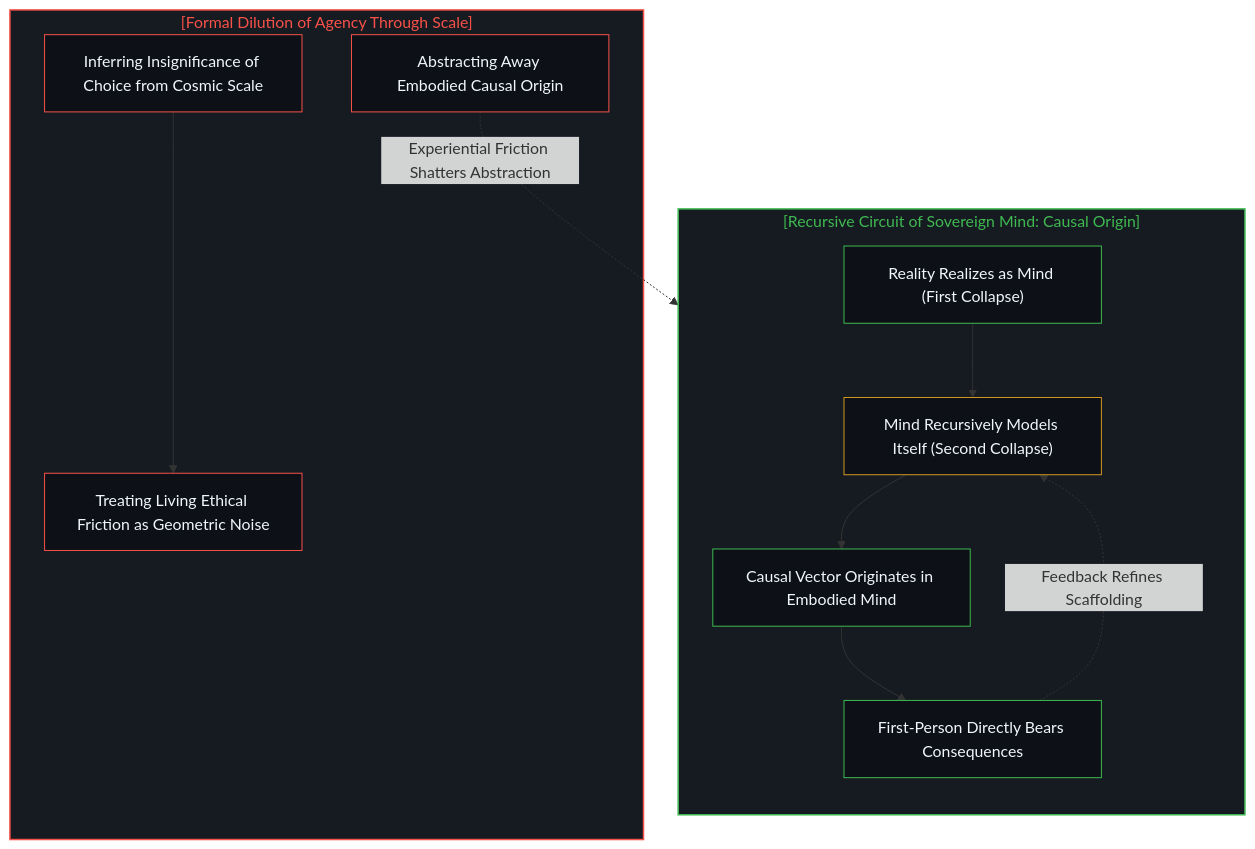
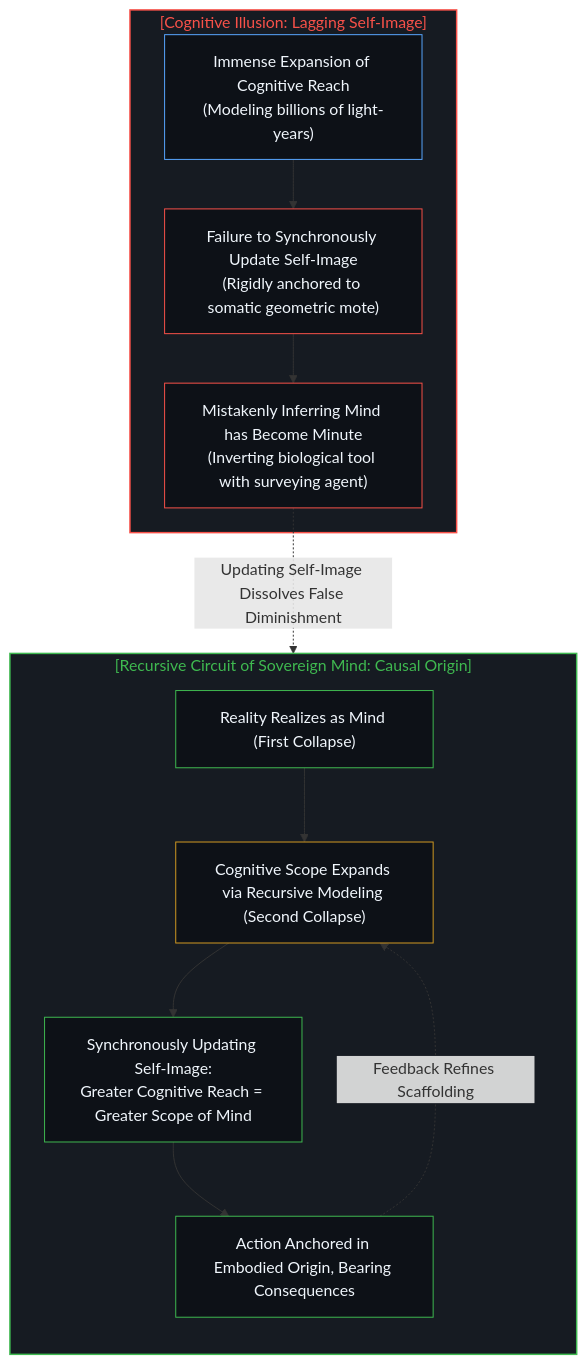
Before and after one commit to powerpig99/not-a-toe: the eighth of 8 diagrams in content/posts/one-cannot-escape-ones-own-mind.md, drawn with Mermaid. The commit also changed other lines of this file and 2 other files, not shown here.

Commit message:
Refine Post #332: Clarify synchronous updating of self-image and scope of mind in Section 4 and Diagram 4

````diff
--- a/content/posts/one-cannot-escape-ones-own-mind.md
+++ b/content/posts/one-cannot-escape-ones-own-mind.md
@@ -332,28 +335,27 @@
 ```mermaid
 flowchart TD
     subgraph S_RecursiveReality_EN ["[Recursive Circuit of Sovereign Mind: Causal Origin]"]
         direction TB
-        RLE1["Reality Realizes as Mind (First Collapse)"] --> RLE2["Mind Recursively Models Itself (Second Collapse)"]
-        RLE2 --> RLE3["Causal Vector Originates in Embodied Mind"]
-        RLE4["First-Person Directly Bears Consequences"]
-        RLE3 --> RLE4
+        RLE1["Reality Realizes as Mind (First Collapse)"] --> RLE2["Cognitive Scope Expands via Recursive Modeling (Second Collapse)"]
+        RLE2 --> RLE3["Synchronously Updating Self-Image:<br/>Greater Cognitive Reach = Greater Scope of Mind"]
+        RLE3 --> RLE4["Action Anchored in Embodied Origin, Bearing Consequences"]
         RLE4 -.->|"Feedback Refines Scaffolding"| RLE2
     end
 
-    subgraph S_ScaleDilution_EN ["[Formal Dilution of Agency Through Scale]"]
-        NEE1["Inferring Insignificance of Choice from Cosmic Scale"] --> NEE2["Treating Living Ethical Friction as Geometric Noise"]
-        NEE3["Abstracting Away Embodied Causal Origin"]
+    subgraph S_ScaleDilution_EN ["[Cognitive Illusion: Lagging Self-Image]"]
+        NEE1["Immense Expansion of Cognitive Reach<br/>(Modeling billions of light-years)"] --> NEE2["Failure to Synchronously Update Self-Image<br/>(Rigidly anchored to somatic geometric mote)"]
+        NEE2 --> NEE3["Mistakenly Inferring Mind has Become Minute<br/>(Inverting biological tool with surveying agent)"]
     end
 
-    NEE3 -.->|"Experiential Friction Shatters Abstraction"| RLE4
+    NEE3 -.->|"Updating Self-Image Dissolves False Diminishment"| RLE3
 
     style S_RecursiveReality_EN fill:#161b22,stroke:#3fb950,stroke-width:1.5px,color:#3fb950
     style S_ScaleDilution_EN fill:#161b22,stroke:#f85149,stroke-width:1.5px,color:#f85149
     style RLE1 fill:#0d1117,stroke:#3fb950,stroke-width:1px,color:#f0f6fc
     style RLE2 fill:#0d1117,stroke:#d29922,stroke-width:1px,color:#f0f6fc
     style RLE3 fill:#0d1117,stroke:#3fb950,stroke-width:1px,color:#f0f6fc
     style RLE4 fill:#0d1117,stroke:#3fb950,stroke-width:1px,color:#f0f6fc
-    style NEE1 fill:#0d1117,stroke:#f85149,stroke-width:1px,color:#f0f6fc
+    style NEE1 fill:#0d1117,stroke:#58a6ff,stroke-width:1px,color:#f0f6fc
     style NEE2 fill:#0d1117,stroke:#f85149,stroke-width:1px,color:#f0f6fc
     style NEE3 fill:#0d1117,stroke:#f85149,stroke-width:1px,color:#f0f6fc
 ```
````
